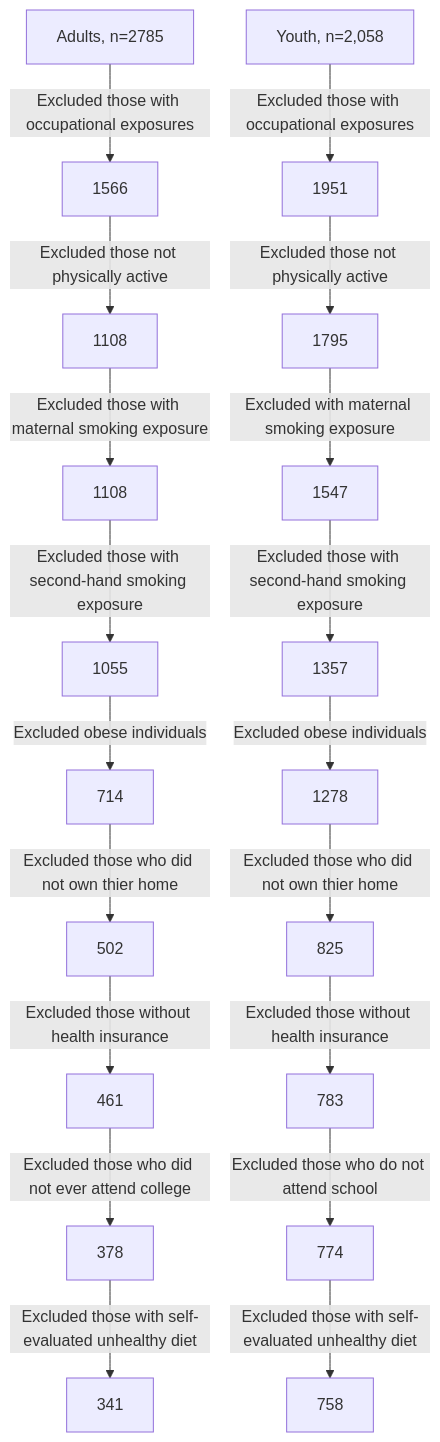
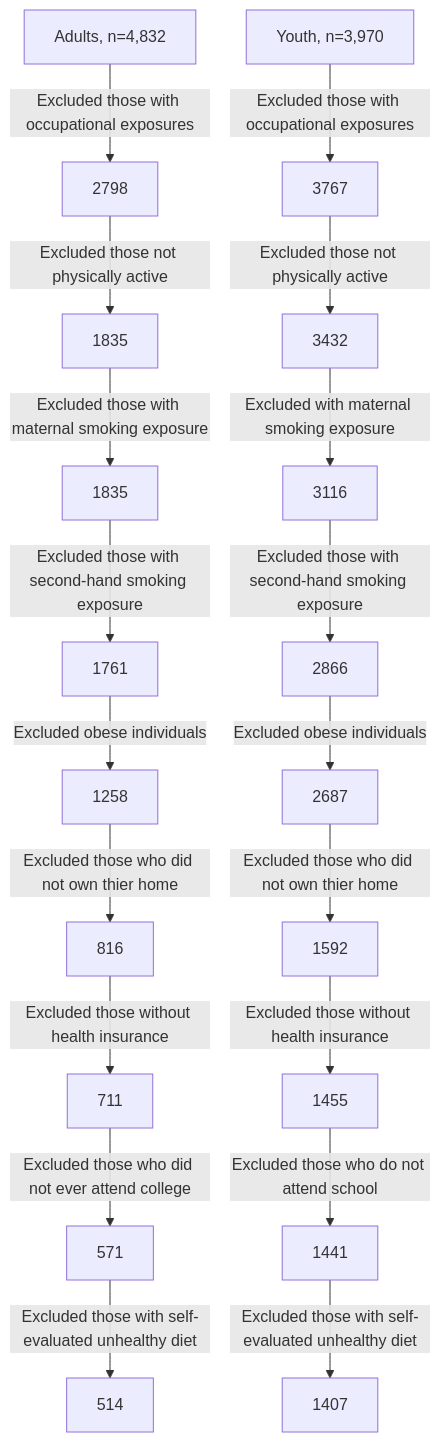
The second of 2 diagrams in who-is-healthy-anyways.qmd (aminadibi/who-is-healthy-anyways), drawn with Mermaid before and after one commit. The commit also changed other lines of this file and 23 other files, not shown here.

Commit message:
corrected flowcharts and added more captions

````diff
--- a/who-is-healthy-anyways.qmd
+++ b/who-is-healthy-anyways.qmd
@@ -1023,22 +982,22 @@
 ```{mermaid, include=T}
 flowchart TD
-    A1["Adults, n=2785"] -- Excluded those with occupational exposures --> A2[1566]
-    A2["1566"] -- Excluded those not physically active --> A3[1108]
-    A3[1108] -- Excluded those with maternal smoking exposure --> A4[1108]
-    A4[1108] -- Excluded those with second-hand smoking exposure --> A5[1055]
-    A5[1055] -- Excluded obese individuals --> A6[714]
-    A6[714] -- Excluded those who did not own thier home --> A7[502]
-    A7[502] -- Excluded those without health insurance --> A8[461]
-    A8[461] -- Excluded those who did not ever attend college --> A9[378]
-    A9[378] -- Excluded those with self-evaluated unhealthy diet --> A10[341]
-    Y1["Youth, n=2,058"] -- Excluded those with occupational exposures --> Y2[1951]
-    Y2[1951] -- Excluded those not physically active --> Y3[1795]
-    Y3[1795] -- Excluded with maternal smoking exposure --> Y4[1547]
-    Y4[1547] -- Excluded those with second-hand smoking exposure --> Y5[1357]
-    Y5[1357] -- Excluded obese individuals --> Y6[1278]
-    Y6[1278] -- Excluded those who did not own thier home --> Y7[825]
-    Y7[825] -- Excluded those without health insurance --> Y8[783]
-    Y8[783] -- Excluded those who do not attend school --> Y9[774]
-    Y9[774] -- Excluded those with self-evaluated unhealthy diet --> Y10[758]
+    A1["Adults, n=4,832"] -- Excluded those with occupational exposures --> A2[2798]
+    A2["2798"] -- Excluded those not physically active --> A3[1835]
+    A3[1835] -- Excluded those with maternal smoking exposure --> A4[1835]
+    A4[1835] -- Excluded those with second-hand smoking exposure --> A5[1761]
+    A5[1761] -- Excluded obese individuals --> A6[1258]
+    A6[1258] -- Excluded those who did not own thier home --> A7[816]
+    A7[816] -- Excluded those without health insurance --> A8[711]
+    A8[711] -- Excluded those who did not ever attend college --> A9[571]
+    A9[571] -- Excluded those with self-evaluated unhealthy diet --> A10[514]
+    Y1["Youth, n=3,970"] -- Excluded those with occupational exposures --> Y2[3767]
+    Y2[3767] -- Excluded those not physically active --> Y3[3432]
+    Y3[3432] -- Excluded with maternal smoking exposure --> Y4[3116]
+    Y4[3116] -- Excluded those with second-hand smoking exposure --> Y5[2866]
+    Y5[2866] -- Excluded obese individuals --> Y6[2687]
+    Y6[2687] -- Excluded those who did not own thier home --> Y7[1592]
+    Y7[1592] -- Excluded those without health insurance --> Y8[1455]
+    Y8[1455] -- Excluded those who do not attend school --> Y9[1441]
+    Y9[1441] -- Excluded those with self-evaluated unhealthy diet --> Y10[1407]
 
 ```
````
